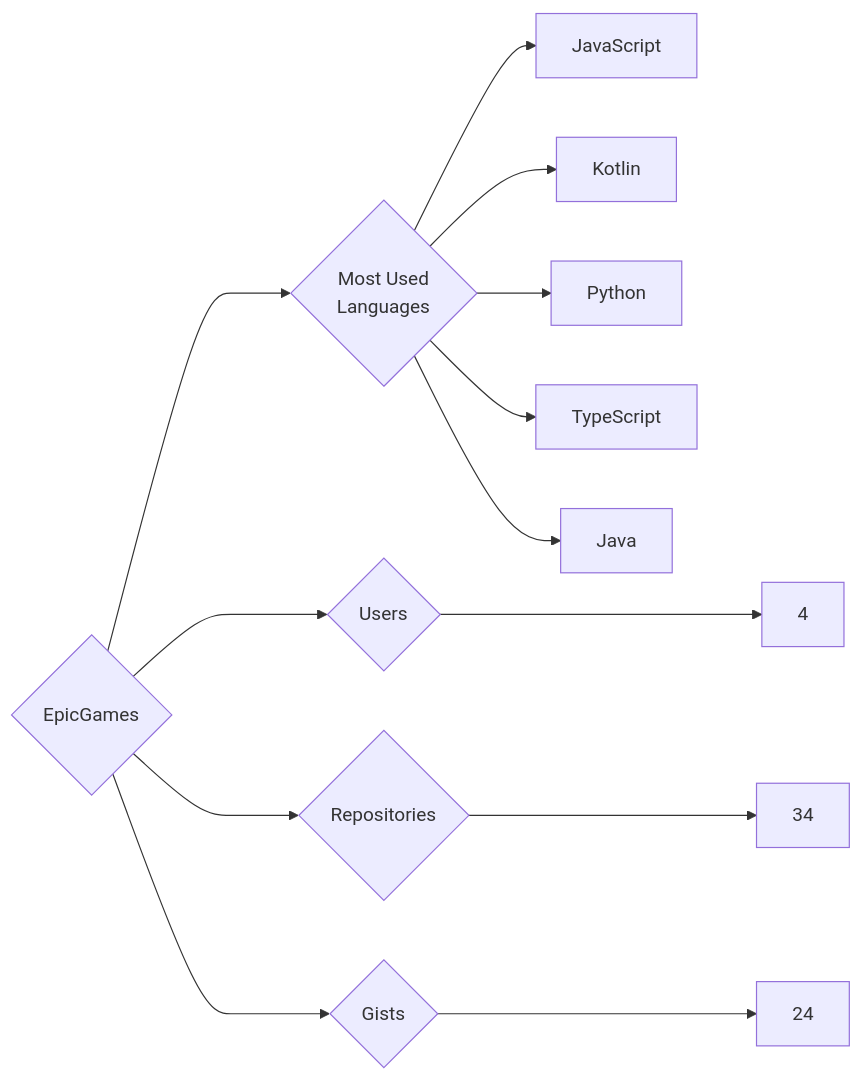
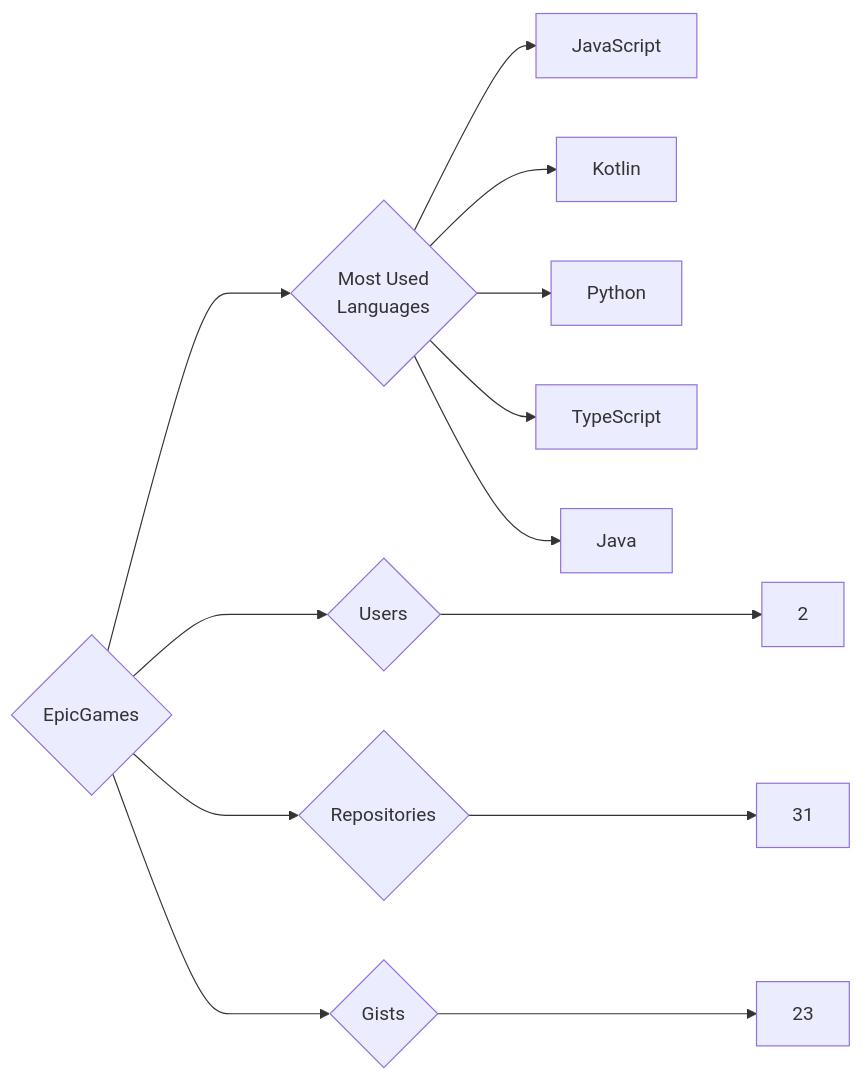
Before and after one commit to trickest/insiders: the diagram in targets/EpicGames/README.md, drawn with Mermaid. The commit also changed 1084 other files, not shown here.

````diff
--- a/targets/EpicGames/README.md
+++ b/targets/EpicGames/README.md
@@ -3,13 +3,13 @@
 ```mermaid
 graph LR
 COMPANY_NAME{EpicGames}
-COMPANY_NAME ---> U{Users} ---> UN[4]
-COMPANY_NAME ---> R{Repositories} ---> RN[34]
-COMPANY_NAME ---> G{Gists} ---> GN[24]
+COMPANY_NAME ---> U{Users} ---> UN[2]
+COMPANY_NAME ---> R{Repositories} ---> RN[31]
+COMPANY_NAME ---> G{Gists} ---> GN[23]
 COMPANY_NAME ---> ML{Most Used<br>Languages}
 ML --> JavaScript[JavaScript]
 ML --> Kotlin[Kotlin]
 ML --> Python[Python]
 ML --> TypeScript[TypeScript]
 ML --> Java[Java]
 ```
````
